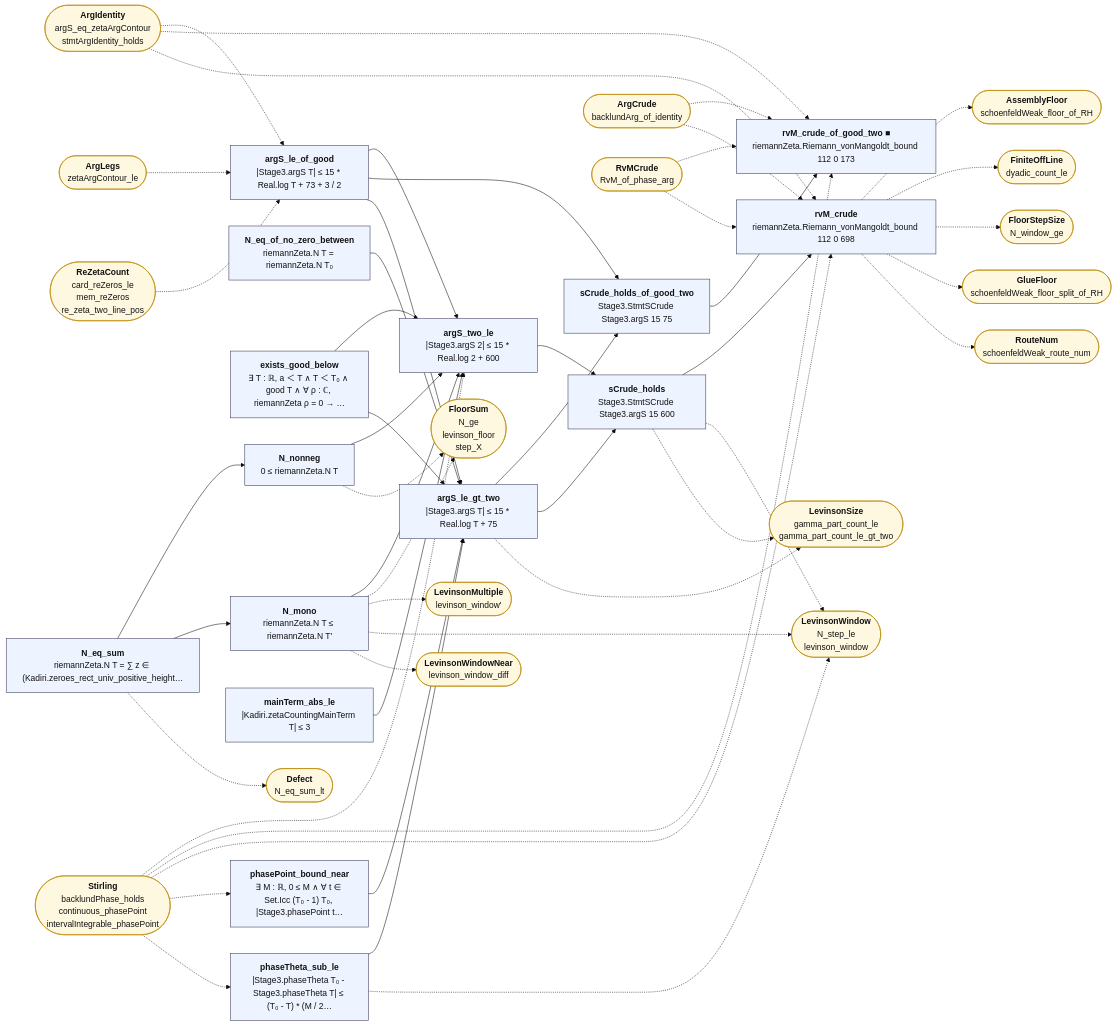
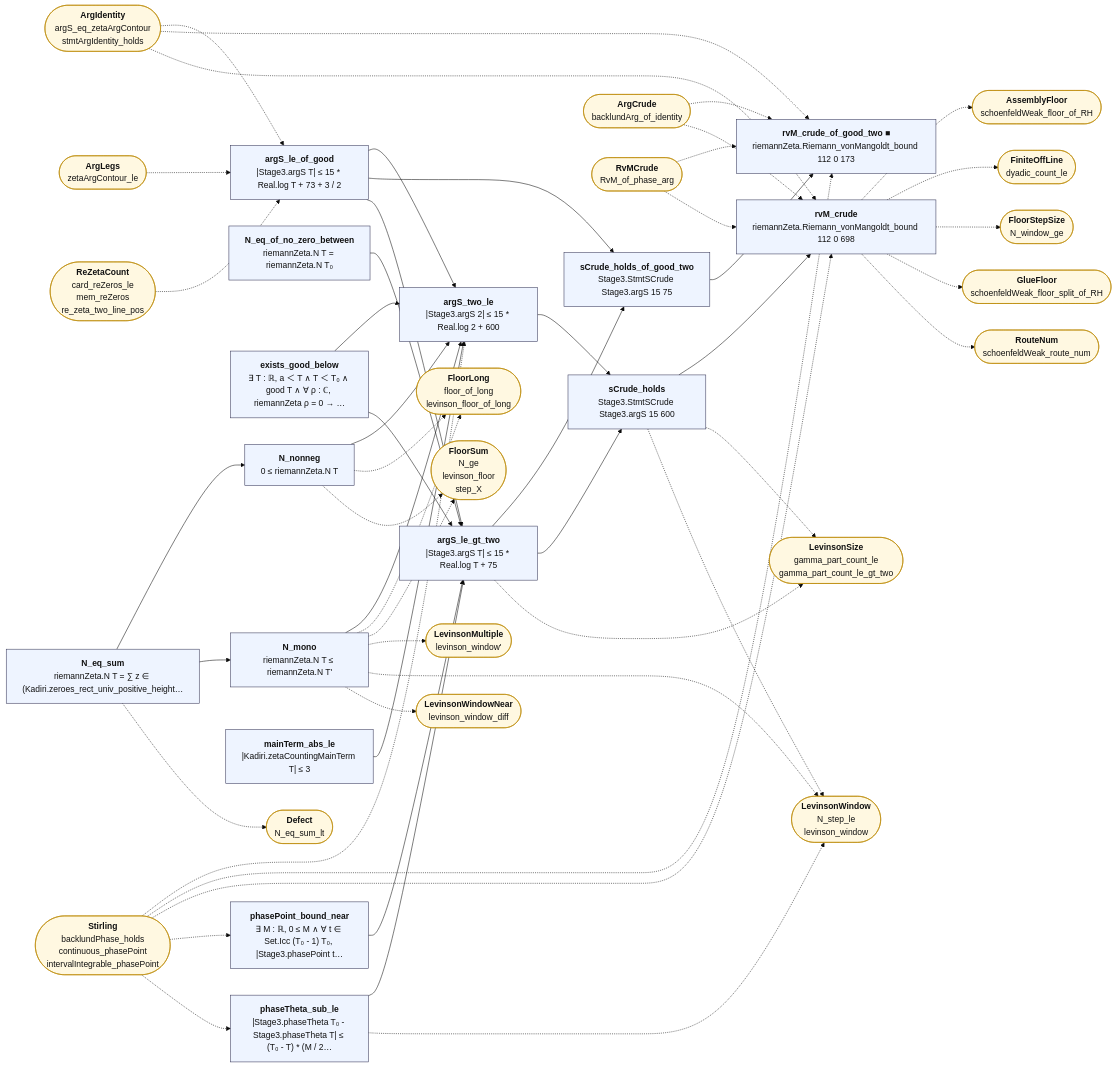
Before and after one commit to juliansambranojr/Primebeat_081426: the diagram in map/lean_stage3/ArgCount.md, drawn with Mermaid (base theme). The commit also changed other lines of this file and 64 other files, not shown here.

```diff
--- a/map/lean_stage3/ArgCount.md
+++ b/map/lean_stage3/ArgCount.md
@@ -30,19 +30,20 @@
   x1(["<b>ArgLegs</b><br/>zetaArgContour_le"]):::ext
   x2(["<b>ReZetaCount</b><br/>card_reZeros_le<br/>mem_reZeros<br/>re_zeta_two_line_pos"]):::ext
   x3(["<b>Defect</b><br/>N_eq_sum_lt"]):::ext
-  x4(["<b>FloorSum</b><br/>N_ge<br/>levinson_floor<br/>step_X"]):::ext
-  x5(["<b>LevinsonMultiple</b><br/>levinson_window'"]):::ext
-  x6(["<b>LevinsonWindow</b><br/>N_step_le<br/>levinson_window"]):::ext
-  x7(["<b>LevinsonWindowNear</b><br/>levinson_window_diff"]):::ext
-  x8(["<b>Stirling</b><br/>backlundPhase_holds<br/>continuous_phasePoint<br/>intervalIntegrable_phasePoint"]):::ext
-  x9(["<b>LevinsonSize</b><br/>gamma_part_count_le<br/>gamma_part_count_le_gt_two"]):::ext
-  x10(["<b>ArgCrude</b><br/>backlundArg_of_identity"]):::ext
-  x11(["<b>RvMCrude</b><br/>RvM_of_phase_arg"]):::ext
-  x12(["<b>AssemblyFloor</b><br/>schoenfeldWeak_floor_of_RH"]):::ext
-  x13(["<b>FiniteOffLine</b><br/>dyadic_count_le"]):::ext
-  x14(["<b>FloorStepSize</b><br/>N_window_ge"]):::ext
-  x15(["<b>GlueFloor</b><br/>schoenfeldWeak_floor_split_of_RH"]):::ext
-  x16(["<b>RouteNum</b><br/>schoenfeldWeak_route_num"]):::ext
+  x4(["<b>FloorLong</b><br/>floor_of_long<br/>levinson_floor_of_long"]):::ext
+  x5(["<b>FloorSum</b><br/>N_ge<br/>levinson_floor<br/>step_X"]):::ext
+  x6(["<b>LevinsonMultiple</b><br/>levinson_window'"]):::ext
+  x7(["<b>LevinsonWindow</b><br/>N_step_le<br/>levinson_window"]):::ext
+  x8(["<b>LevinsonWindowNear</b><br/>levinson_window_diff"]):::ext
+  x9(["<b>Stirling</b><br/>backlundPhase_holds<br/>continuous_phasePoint<br/>intervalIntegrable_phasePoint"]):::ext
+  x10(["<b>LevinsonSize</b><br/>gamma_part_count_le<br/>gamma_part_count_le_gt_two"]):::ext
+  x11(["<b>ArgCrude</b><br/>backlundArg_of_identity"]):::ext
+  x12(["<b>RvMCrude</b><br/>RvM_of_phase_arg"]):::ext
+  x13(["<b>AssemblyFloor</b><br/>schoenfeldWeak_floor_of_RH"]):::ext
+  x14(["<b>FiniteOffLine</b><br/>dyadic_count_le"]):::ext
+  x15(["<b>FloorStepSize</b><br/>N_window_ge"]):::ext
+  x16(["<b>GlueFloor</b><br/>schoenfeldWeak_floor_split_of_RH"]):::ext
+  x17(["<b>RouteNum</b><br/>schoenfeldWeak_route_num"]):::ext
   n0 --> n10
   n0 --> n11
   n0 --> n8
@@ -62,34 +63,36 @@
   n8 --> n12
   n9 --> n10
   n1 -.-> x3
-  n12 -.-> x6
-  n12 -.-> x9
-  n14 -.-> x12
+  n12 -.-> x10
+  n12 -.-> x7
   n14 -.-> x13
   n14 -.-> x14
   n14 -.-> x15
   n14 -.-> x16
+  n14 -.-> x17
   n2 -.-> x4
+  n2 -.-> x5
   n3 -.-> x4
   n3 -.-> x5
   n3 -.-> x6
   n3 -.-> x7
-  n7 -.-> x6
-  n8 -.-> x9
+  n3 -.-> x8
+  n7 -.-> x7
+  n8 -.-> x10
   x0 -.-> n0
   x0 -.-> n13
   x0 -.-> n14
   x1 -.-> n0
-  x10 -.-> n13
-  x10 -.-> n14
   x11 -.-> n13
   x11 -.-> n14
+  x12 -.-> n13
+  x12 -.-> n14
   x2 -.-> n0
-  x8 -.-> n10
-  x8 -.-> n13
-  x8 -.-> n14
-  x8 -.-> n6
-  x8 -.-> n7
+  x9 -.-> n10
+  x9 -.-> n13
+  x9 -.-> n14
+  x9 -.-> n6
+  x9 -.-> n7
   classDef cnt fill:#dff5ec,stroke:#17694a,color:#111
   classDef shp fill:#f1ecfb,stroke:#5b3fa0,color:#111
   classDef rh fill:#ffe5e5,stroke:#c22,color:#111,stroke-width:2px
```
